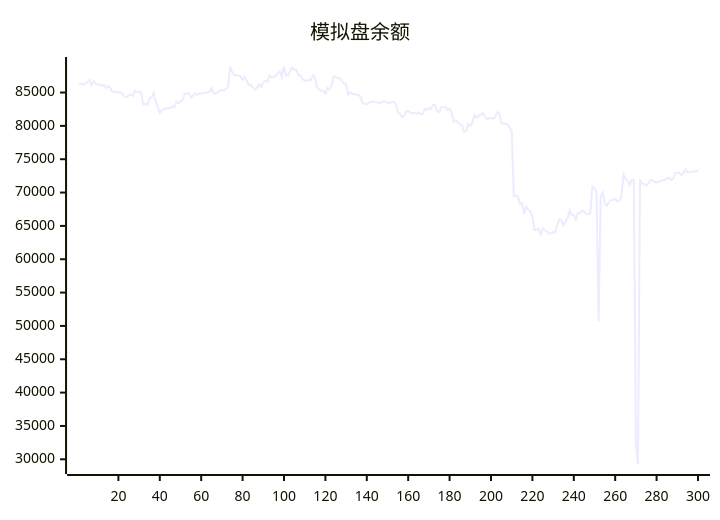
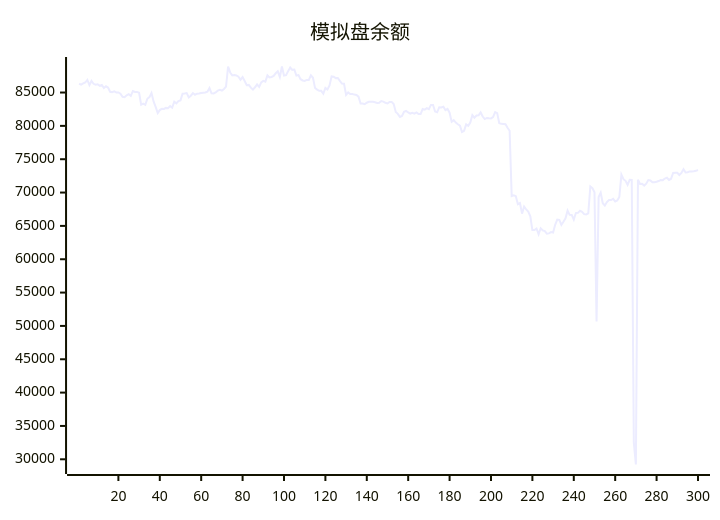
The diagram in README.md (aahl/ai-trading), drawn with Mermaid before and after one commit. The commit also changed other lines of this file and 1 other file, not shown here.

````diff
--- a/README.md
+++ b/README.md
@@ -5,5 +5,5 @@
 ```mermaid
 xychart
     title "模拟盘余额"
-    line [86251,86314,86177,86364,86503,86886,86114,86731,86310,86176,86240,86017,86136,85685,85938,85749,85111,85044,85164,85016,85008,84824,84354,84287,84572,84745,84500,85234,85096,85095,84970,83180,83338,83157,84070,84309,84922,83667,82850,81924,82369,82552,82539,82695,82648,82962,82728,83619,83378,83710,83825,84819,84854,84917,84265,84527,84919,84668,84834,84850,84916,84981,85004,85131,85674,84891,84864,85019,85284,85393,85294,85538,85894,88904,88012,87567,87625,87568,87386,86920,87313,86737,86094,86143,85725,85437,85787,86219,85859,86526,86740,86630,87563,87264,87335,87483,87886,88180,87335,88894,87544,87608,88207,88755,88401,88444,87543,87608,87000,86810,86740,86894,86884,87576,87209,85686,85435,85251,85255,84820,85689,85453,86066,87420,87373,87161,87178,86740,86341,86315,84643,85012,84772,84768,84690,84635,84376,83360,83357,83259,83474,83608,83606,83602,83548,83440,83454,83724,83644,83464,83365,83590,83592,83275,82072,81806,81344,81492,82109,82254,82006,81848,81955,81829,82022,81769,81776,82522,82441,82656,82498,83144,83144,82150,82038,82797,82763,82872,82367,82536,81981,80612,80862,80484,80242,80034,79063,79245,80226,80016,80507,81625,81233,81544,81578,82016,81401,81019,81186,81130,81118,81306,82066,81909,80392,80304,80291,80258,79729,79261,69466,69579,69456,68251,68415,66832,67911,67462,67144,66432,64380,64375,64606,63740,64647,64324,64216,63842,63877,64078,64008,65156,65945,65888,65157,65625,66144,67284,66653,66639,65924,66925,66956,67263,67108,66766,66729,66886,70927,70673,70049,50652,69334,69973,68400,68061,68578,68876,68879,69055,68662,68822,69329,72687,71999,71760,71162,71911,71896,32500,29218,71927,71297,71305,71044,71337,71883,71822,71536,71536,71622,71723,71880,71860,72100,72216,71887,72077,72940,72976,72966,72638,72948,73497,73004,73041,73173,73160,73186,73258]
+    line [86314,86177,86364,86503,86886,86114,86731,86310,86176,86240,86017,86136,85685,85938,85749,85111,85044,85164,85016,85008,84824,84354,84287,84572,84745,84500,85234,85096,85095,84970,83180,83338,83157,84070,84309,84922,83667,82850,81924,82369,82552,82539,82695,82648,82962,82728,83619,83378,83710,83825,84819,84854,84917,84265,84527,84919,84668,84834,84850,84916,84981,85004,85131,85674,84891,84864,85019,85284,85393,85294,85538,85894,88904,88012,87567,87625,87568,87386,86920,87313,86737,86094,86143,85725,85437,85787,86219,85859,86526,86740,86630,87563,87264,87335,87483,87886,88180,87335,88894,87544,87608,88207,88755,88401,88444,87543,87608,87000,86810,86740,86894,86884,87576,87209,85686,85435,85251,85255,84820,85689,85453,86066,87420,87373,87161,87178,86740,86341,86315,84643,85012,84772,84768,84690,84635,84376,83360,83357,83259,83474,83608,83606,83602,83548,83440,83454,83724,83644,83464,83365,83590,83592,83275,82072,81806,81344,81492,82109,82254,82006,81848,81955,81829,82022,81769,81776,82522,82441,82656,82498,83144,83144,82150,82038,82797,82763,82872,82367,82536,81981,80612,80862,80484,80242,80034,79063,79245,80226,80016,80507,81625,81233,81544,81578,82016,81401,81019,81186,81130,81118,81306,82066,81909,80392,80304,80291,80258,79729,79261,69466,69579,69456,68251,68415,66832,67911,67462,67144,66432,64380,64375,64606,63740,64647,64324,64216,63842,63877,64078,64008,65156,65945,65888,65157,65625,66144,67284,66653,66639,65924,66925,66956,67263,67108,66766,66729,66886,70927,70673,70049,50652,69334,69973,68400,68061,68578,68876,68879,69055,68662,68822,69329,72687,71999,71760,71162,71911,71896,32500,29218,71927,71297,71305,71044,71337,71883,71822,71536,71536,71622,71723,71880,71860,72100,72216,71887,72077,72940,72976,72966,72638,72948,73497,73004,73041,73173,73160,73186,73258,73375]
 ```
````
